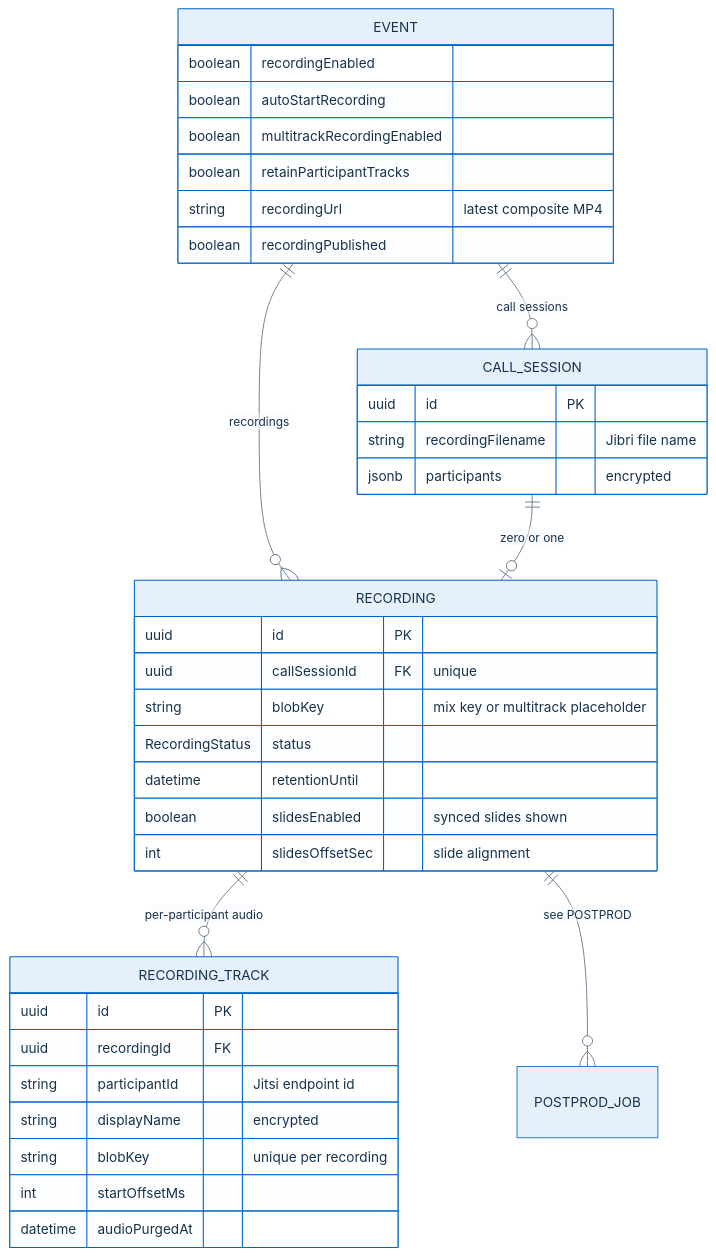
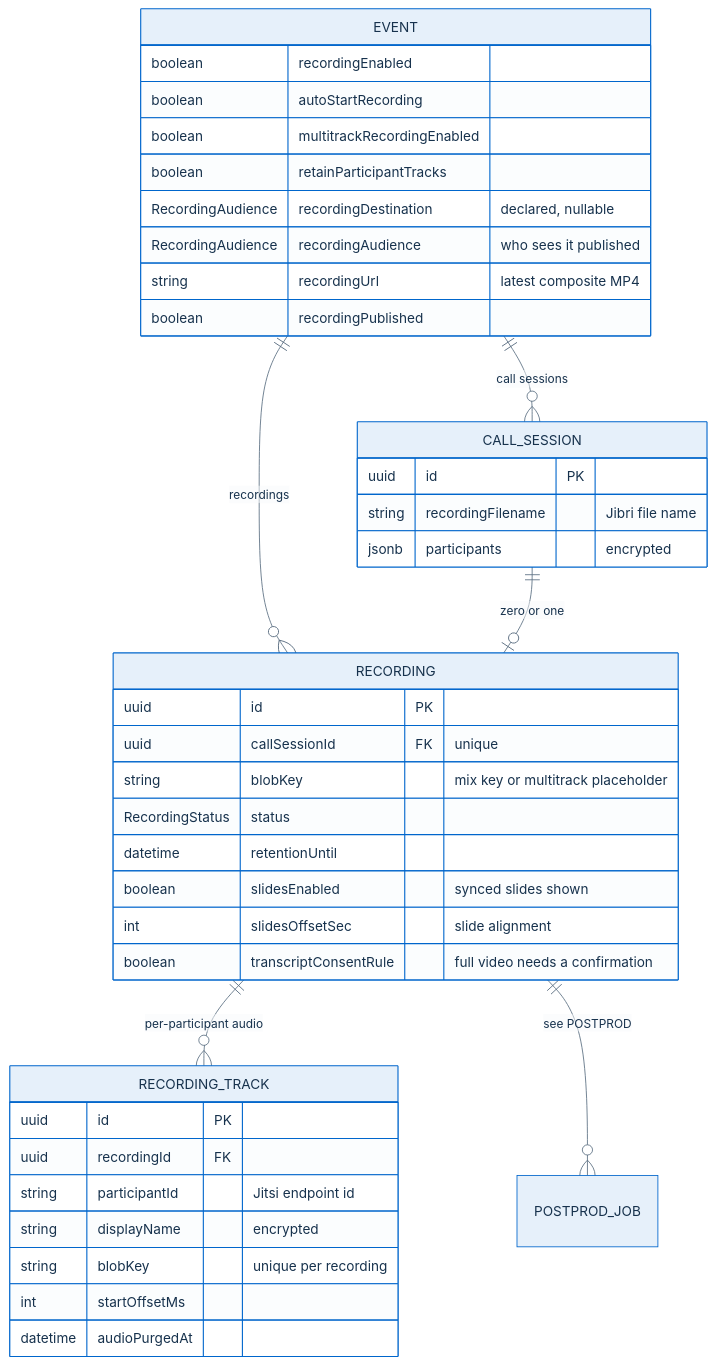
Before and after one commit to italia/pa-webinar: the fourth of 5 diagrams in docs/architecture/recording.md, drawn with Mermaid. The commit also changed other lines of this file and 18 other files, not shown here.

````diff
--- a/docs/architecture/recording.md
+++ b/docs/architecture/recording.md
@@ -639,41 +715,44 @@
 ```mermaid
 %%{init: {"theme": "base", "themeVariables": {"primaryColor": "#E6F0FA", "primaryBorderColor": "#0066CC", "primaryTextColor": "#17324D", "lineColor": "#5C6F82", "tertiaryColor": "#F7F9FB", "edgeLabelBackground": "#FFFFFF"}}}%%
 erDiagram
   EVENT ||--o{ CALL_SESSION : "call sessions"
   EVENT ||--o{ RECORDING : "recordings"
   CALL_SESSION ||--o| RECORDING : "zero or one"
   RECORDING ||--o{ RECORDING_TRACK : "per-participant audio"
   RECORDING ||--o{ POSTPROD_JOB : "see POSTPROD"
 
   EVENT {
     boolean recordingEnabled
     boolean autoStartRecording
     boolean multitrackRecordingEnabled
     boolean retainParticipantTracks
+    RecordingAudience recordingDestination "declared, nullable"
+    RecordingAudience recordingAudience "who sees it published"
     string recordingUrl "latest composite MP4"
     boolean recordingPublished
   }
   CALL_SESSION {
     uuid id PK
     string recordingFilename "Jibri file name"
     jsonb participants "encrypted"
   }
   RECORDING {
     uuid id PK
     uuid callSessionId FK "unique"
     string blobKey "mix key or multitrack placeholder"
     RecordingStatus status
     datetime retentionUntil
     boolean slidesEnabled "synced slides shown"
     int slidesOffsetSec "slide alignment"
+    boolean transcriptConsentRule "full video needs a confirmation"
   }
   RECORDING_TRACK {
     uuid id PK
     uuid recordingId FK
     string participantId "Jitsi endpoint id"
     string displayName "encrypted"
     string blobKey "unique per recording"
     int startOffsetMs
     datetime audioPurgedAt
   }
 ```
````
